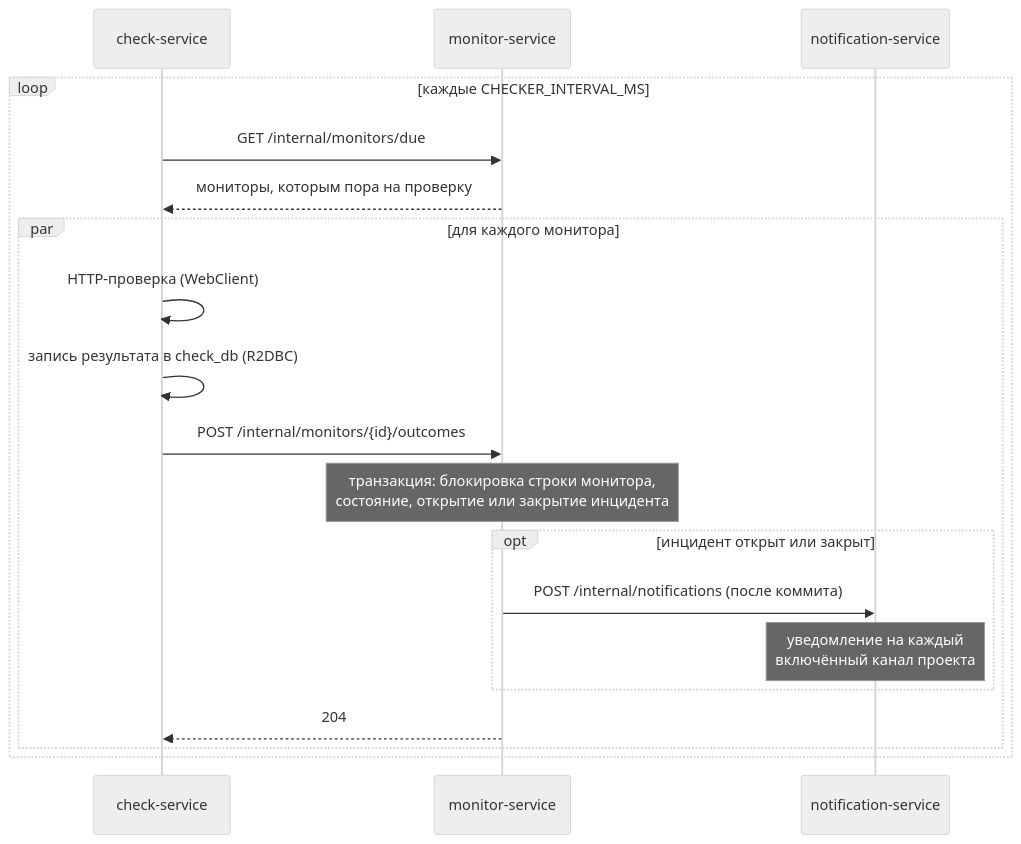
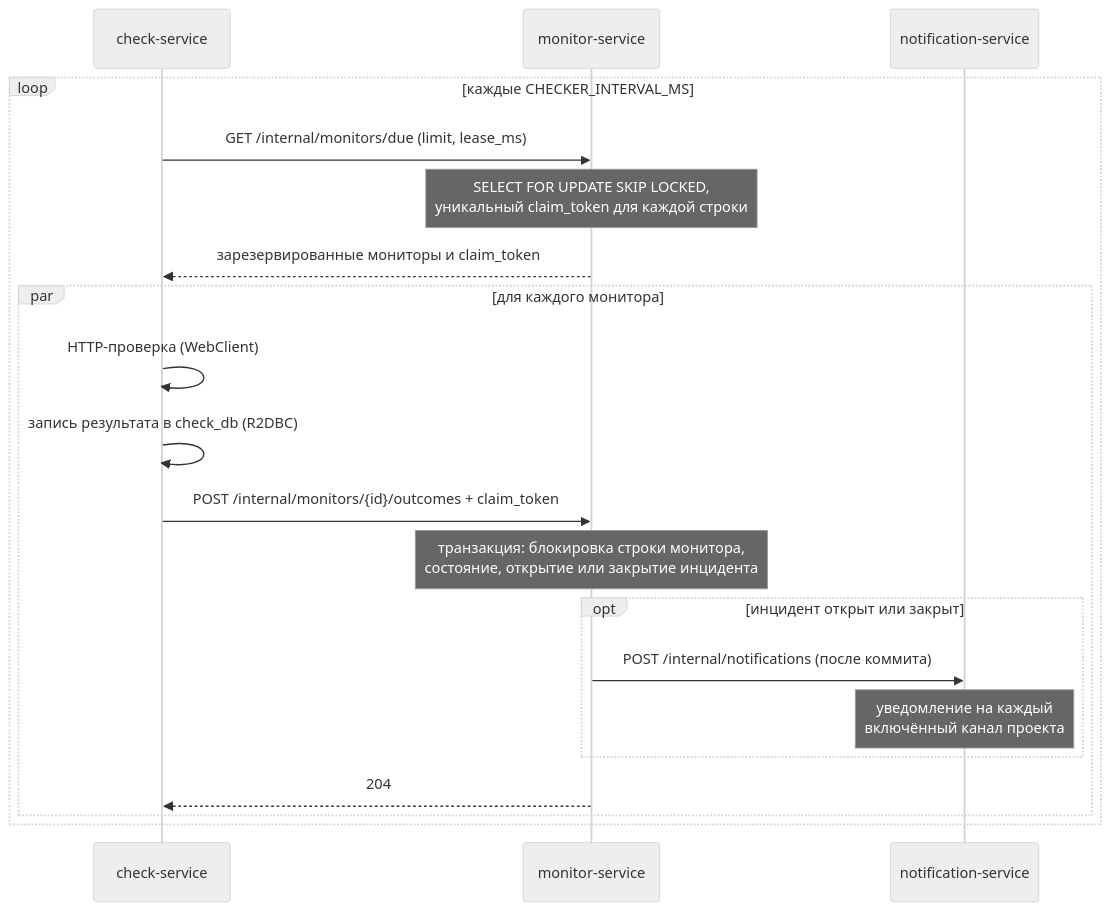
The sixth of 8 diagrams in docs/report-lab2.md (awesoma31/service-monitoring), drawn with Mermaid (neutral theme) before and after one commit. The commit also changed other lines of this file and 44 other files, not shown here.

````diff
--- a/docs/report-lab2.md
+++ b/docs/report-lab2.md
@@ -329,22 +333,23 @@
 ```mermaid
 sequenceDiagram
     participant C as check-service
     participant M as monitor-service
     participant N as notification-service
 
     loop каждые CHECKER_INTERVAL_MS
-        C->>M: GET /internal/monitors/due
-        M-->>C: мониторы, которым пора на проверку
+        C->>M: GET /internal/monitors/due (limit, lease_ms)
+        Note over M: SELECT FOR UPDATE SKIP LOCKED,<br/>уникальный claim_token для каждой строки
+        M-->>C: зарезервированные мониторы и claim_token
         par для каждого монитора
             C->>C: HTTP-проверка (WebClient)
             C->>C: запись результата в check_db (R2DBC)
-            C->>M: POST /internal/monitors/{id}/outcomes
+            C->>M: POST /internal/monitors/{id}/outcomes + claim_token
             Note over M: транзакция: блокировка строки монитора,<br/>состояние, открытие или закрытие инцидента
             opt инцидент открыт или закрыт
                 M->>N: POST /internal/notifications (после коммита)
                 Note over N: уведомление на каждый<br/>включённый канал проекта
             end
             M-->>C: 204
         end
     end
 ```
````
